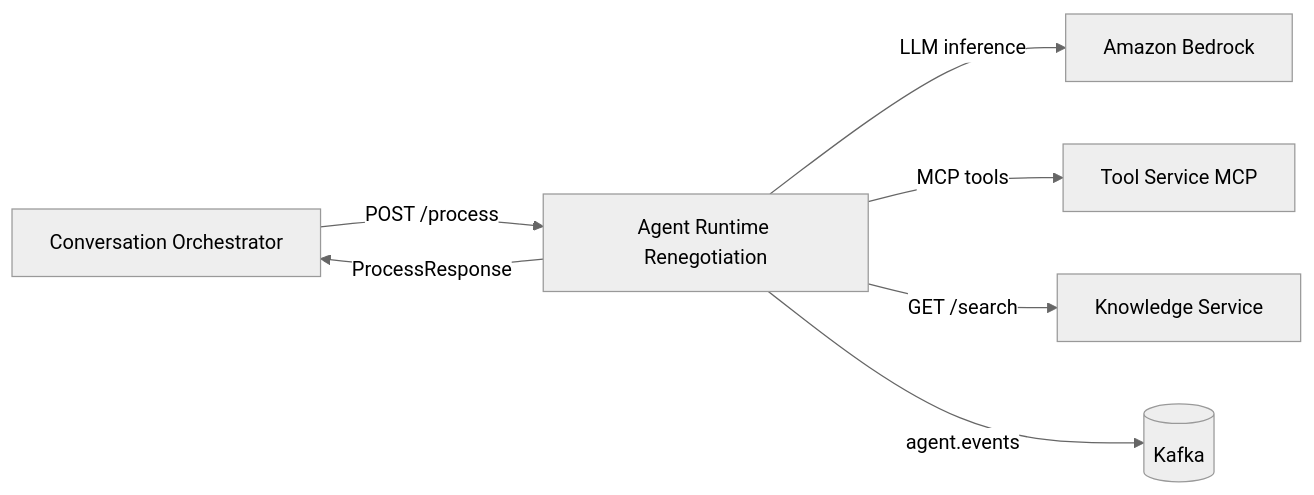
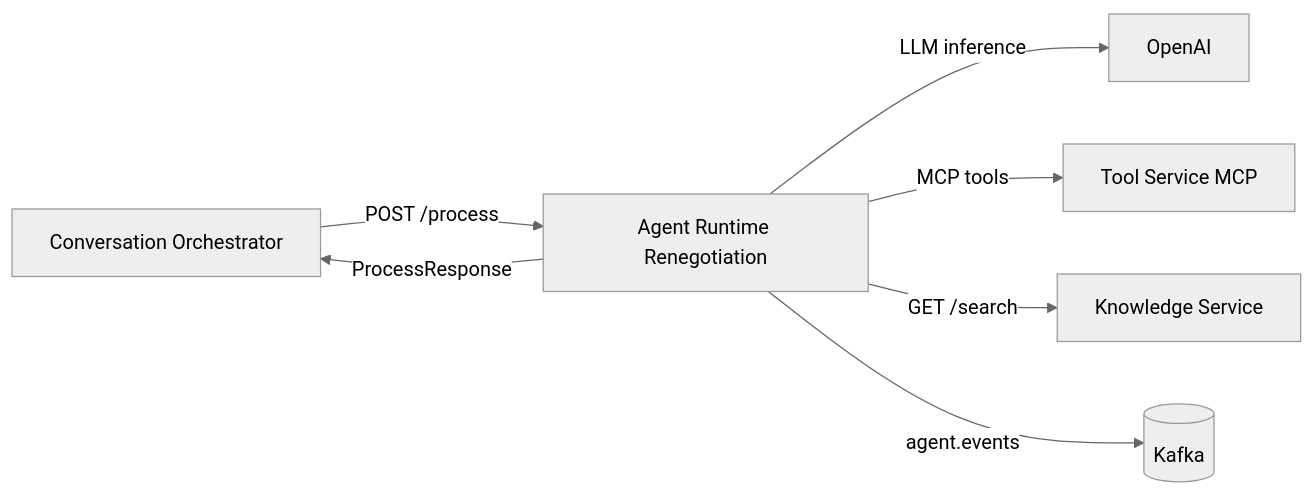
The diagram in README.md (leandrosflora/agent-runtime-renegotiation), drawn with Mermaid (neutral theme) before and after one commit. The commit also changed other lines of this file and 6 other files, not shown here.

````diff
--- a/README.md
+++ b/README.md
@@ -9,9 +9,9 @@
 ```mermaid
 flowchart LR
     Orchestrator[Conversation Orchestrator] -->|POST /process| Runtime[Agent Runtime Renegotiation]
-    Runtime -->|LLM inference| Bedrock[Amazon Bedrock]
+    Runtime -->|LLM inference| OpenAI[OpenAI]
     Runtime -->|MCP tools| ToolService[Tool Service MCP]
     Runtime -->|GET /search| Knowledge[Knowledge Service]
     Runtime -->|agent.events| Kafka[(Kafka)]
     Runtime -->|ProcessResponse| Orchestrator
 ```
````
